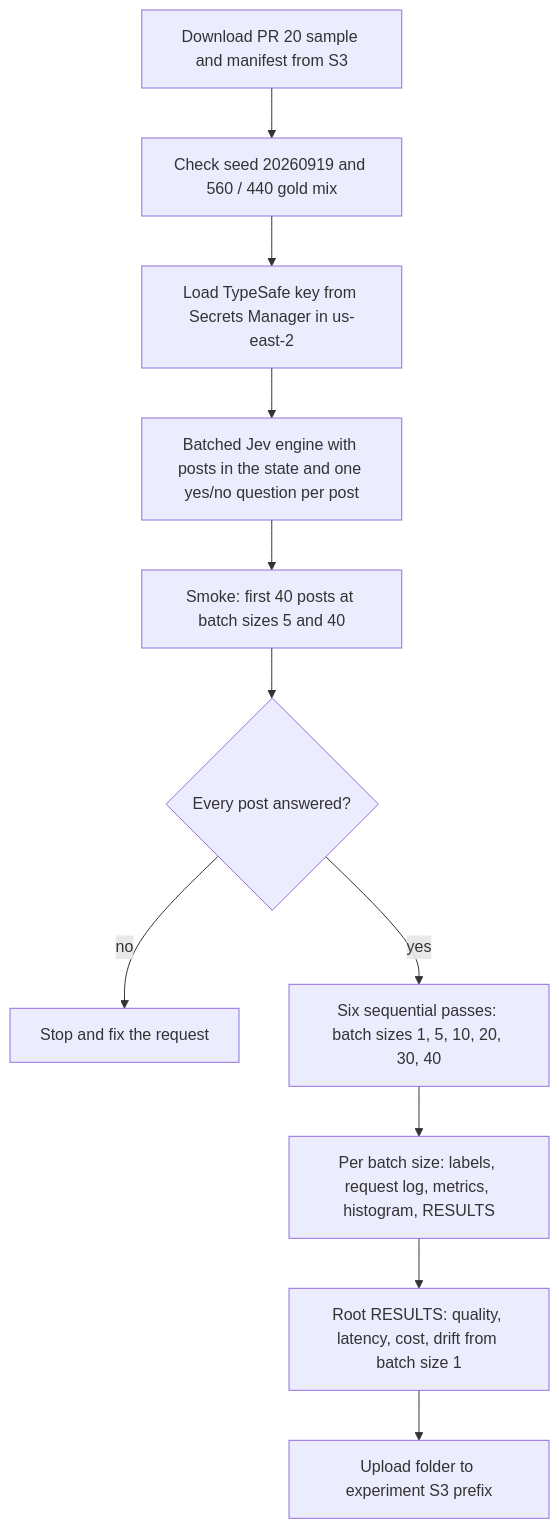
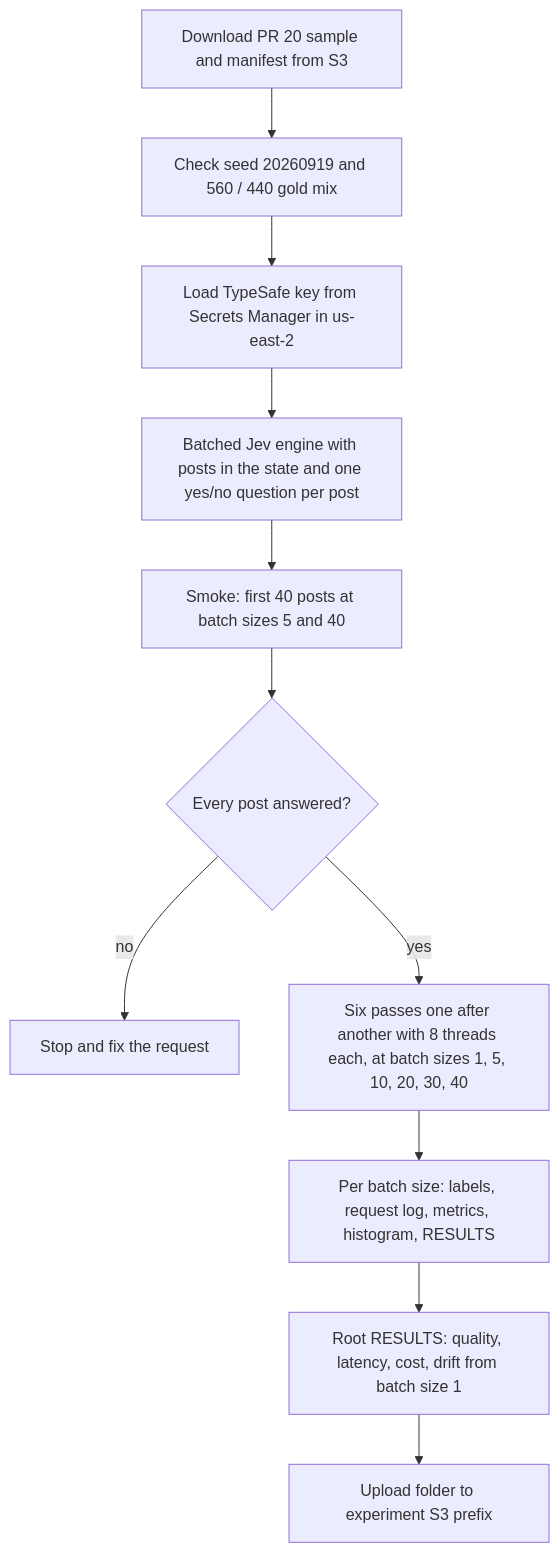
Before and after one commit to METResearchGroup/mind_technology_lab_experiments: the diagram in docs/plans/2026-09-23_speedup-jev-batching_d84619/plan.md, drawn with Mermaid. The commit also changed other lines of this file and 6 other files, not shown here.

````diff
--- a/docs/plans/2026-09-23_speedup-jev-batching_d84619/plan.md
+++ b/docs/plans/2026-09-23_speedup-jev-batching_d84619/plan.md
@@ -25,13 +25,13 @@
 ```mermaid
 flowchart TD
   A[Download PR 20 sample and manifest from S3] --> B[Check seed 20260919 and 560 / 440 gold mix]
   B --> C[Load TypeSafe key from Secrets Manager in us-east-2]
   C --> D[Batched Jev engine with posts in the state and one yes/no question per post]
   D --> E[Smoke: first 40 posts at batch sizes 5 and 40]
   E --> F{Every post answered?}
   F -->|no| G[Stop and fix the request]
-  F -->|yes| H[Six sequential passes: batch sizes 1, 5, 10, 20, 30, 40]
+  F -->|yes| H[Six passes one after another with 8 threads each, at batch sizes 1, 5, 10, 20, 30, 40]
   H --> I[Per batch size: labels, request log, metrics, histogram, RESULTS]
   I --> J[Root RESULTS: quality, latency, cost, drift from batch size 1]
   J --> K[Upload folder to experiment S3 prefix]
 ```
````
